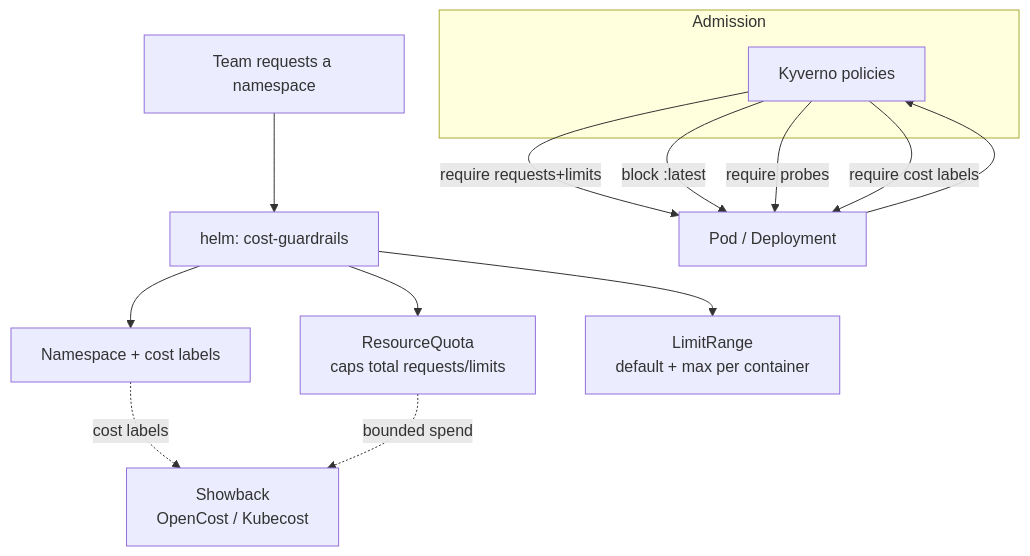
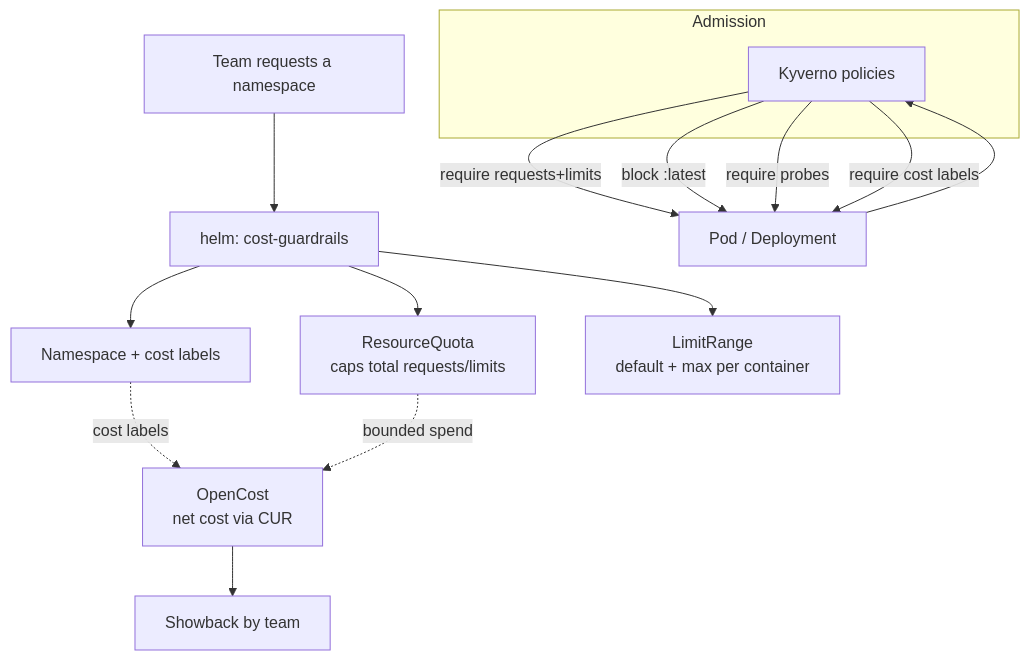
Before and after one commit to prmaddi6233/eks-cost-governance-toolkit: the diagram in README.md, drawn with Mermaid. The commit also changed other lines of this file and 9 other files, not shown here.

First line of the commit message:
Add OpenCost integration: measure and allocate real EKS spend

````diff
--- a/README.md
+++ b/README.md
@@ -21,20 +22,21 @@
 ```mermaid
 flowchart TD
     TEAM[Team requests a namespace] --> CHART[helm: cost-guardrails]
     CHART --> NS[Namespace + cost labels]
     CHART --> RQ[ResourceQuota<br/>caps total requests/limits]
     CHART --> LR[LimitRange<br/>default + max per container]
 
     subgraph Admission
       KYV[Kyverno policies]
     end
 
     POD[Pod / Deployment] --> KYV
     KYV -->|require requests+limits| POD
     KYV -->|block :latest| POD
     KYV -->|require probes| POD
     KYV -->|require cost labels| POD
 
-    NS -.cost labels.-> SHOW[Showback<br/>OpenCost / Kubecost]
-    RQ -.bounded spend.-> SHOW
+    NS -.cost labels.-> OC[OpenCost<br/>net cost via CUR]
+    RQ -.bounded spend.-> OC
+    OC --> SHOW[Showback by team]
 ```
````
